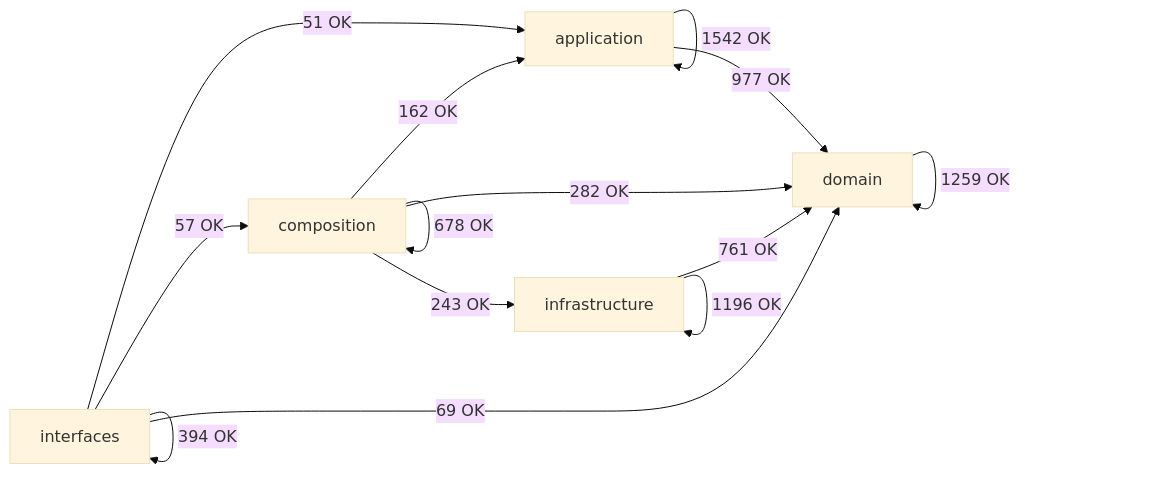
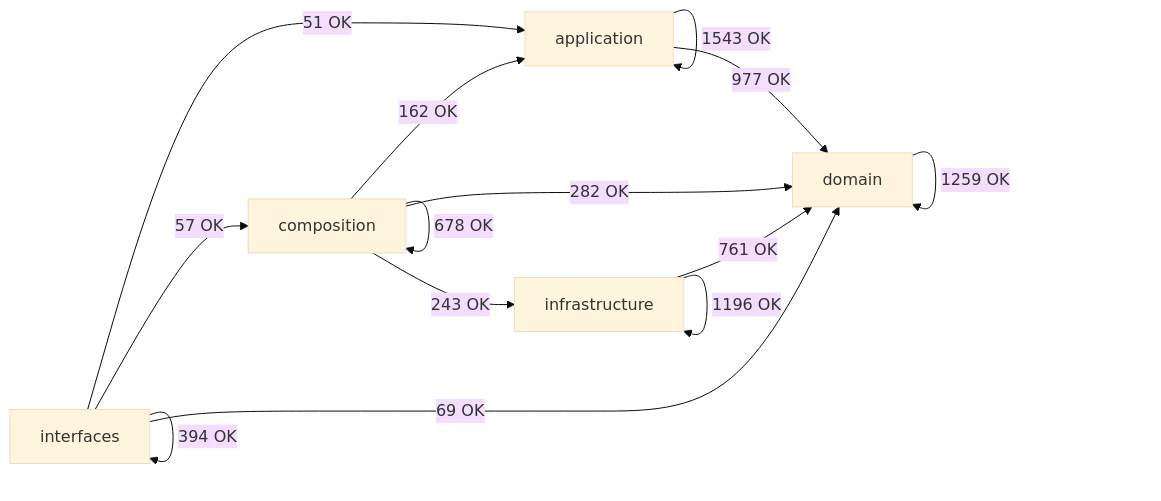
One commit to SatoryKono/BioactivityDataAcquisition changed the diagram in docs/02-architecture/generated/module-dependency-map.md. Above: the diagram before and after it, drawn with Mermaid (base theme). The commit also changed other lines of this file and 4 other files, not shown here.

````diff
--- a/docs/02-architecture/generated/module-dependency-map.md
+++ b/docs/02-architecture/generated/module-dependency-map.md
@@ -17,21 +17,21 @@
 ```mermaid
 flowchart LR
     domain[domain]
     application[application]
     infrastructure[infrastructure]
     composition[composition]
     interfaces[interfaces]
-    application -->|1542 OK| application
+    application -->|1543 OK| application
     application -->|977 OK| domain
     composition -->|162 OK| application
     composition -->|678 OK| composition
     composition -->|282 OK| domain
     composition -->|243 OK| infrastructure
     domain -->|1259 OK| domain
     infrastructure -->|761 OK| domain
     infrastructure -->|1196 OK| infrastructure
     interfaces -->|51 OK| application
     interfaces -->|57 OK| composition
     interfaces -->|69 OK| domain
     interfaces -->|394 OK| interfaces
 ```
````
